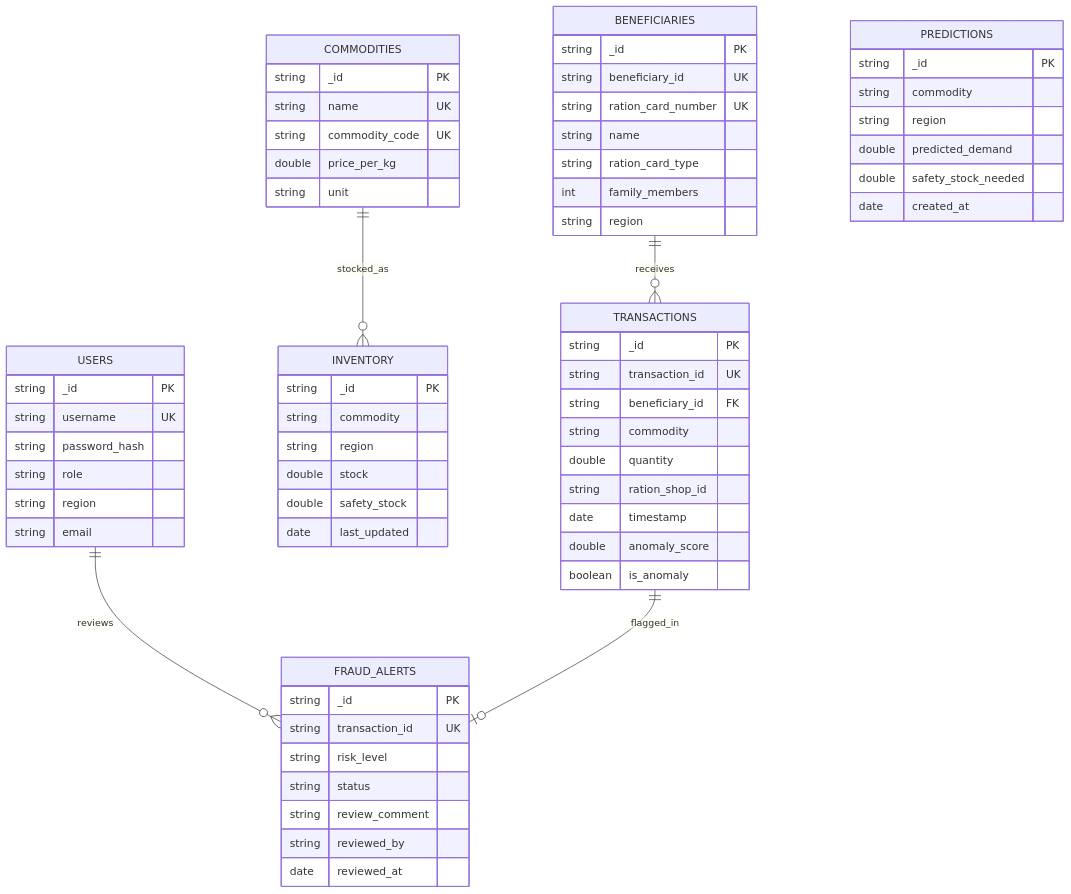
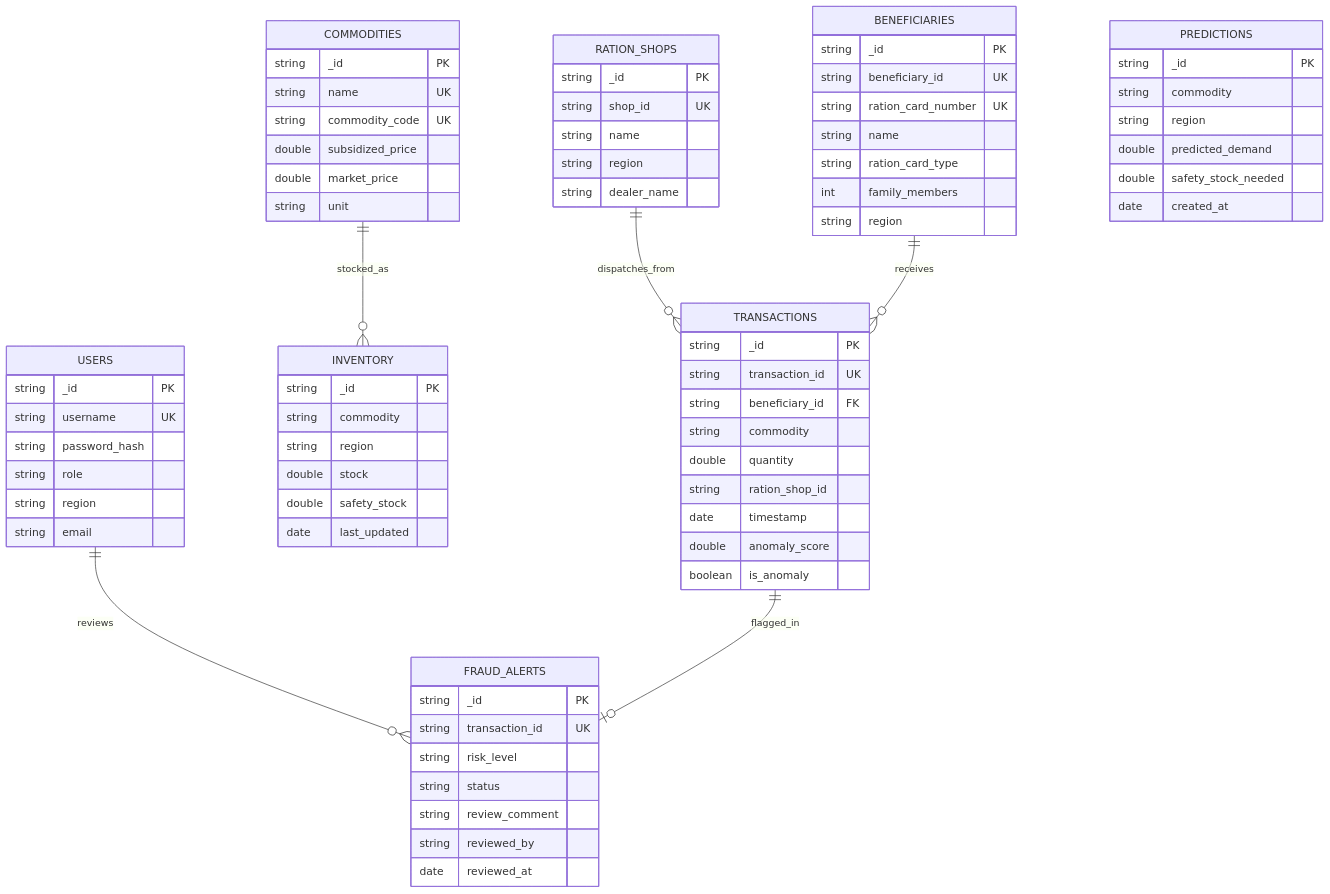
The second of 2 diagrams in README.md (fawaz165/AI-Powered-Smart-PDS), drawn with Mermaid before and after one commit. The commit also changed other lines of this file, not shown here.

Commit message:
docs: finalize README with verified architecture, environment specifications, and academic ML audit details

````diff
--- a/README.md
+++ b/README.md
@@ -325,68 +375,77 @@
 ```mermaid
 erDiagram
     USERS {
         string _id PK
         string username UK
         string password_hash
         string role
         string region
         string email
     }
+    RATION_SHOPS {
+        string _id PK
+        string shop_id UK
+        string name
+        string region
+        string dealer_name
+    }
+    COMMODITIES {
+        string _id PK
+        string name UK
+        string commodity_code UK
+        double subsidized_price
+        double market_price
+        string unit
+    }
     BENEFICIARIES {
         string _id PK
         string beneficiary_id UK
         string ration_card_number UK
         string name
         string ration_card_type
         int family_members
         string region
-    }
-    COMMODITIES {
-        string _id PK
-        string name UK
-        string commodity_code UK
-        double price_per_kg
-        string unit
     }
     INVENTORY {
         string _id PK
         string commodity
         string region
         double stock
         double safety_stock
         date last_updated
     }
     TRANSACTIONS {
         string _id PK
         string transaction_id UK
         string beneficiary_id FK
         string commodity
         double quantity
         string ration_shop_id
         date timestamp
         double anomaly_score
         boolean is_anomaly
     }
     PREDICTIONS {
         string _id PK
         string commodity
         string region
         double predicted_demand
         double safety_stock_needed
         date created_at
     }
     FRAUD_ALERTS {
         string _id PK
         string transaction_id UK
         string risk_level
         string status
         string review_comment
         string reviewed_by
         date reviewed_at
     }
 
     USERS ||--o{ FRAUD_ALERTS : reviews
+    RATION_SHOPS ||--o{ TRANSACTIONS : dispatches_from
     BENEFICIARIES ||--o{ TRANSACTIONS : receives
     COMMODITIES ||--o{ INVENTORY : stocked_as
     TRANSACTIONS ||--o| FRAUD_ALERTS : flagged_in
 ```
````
